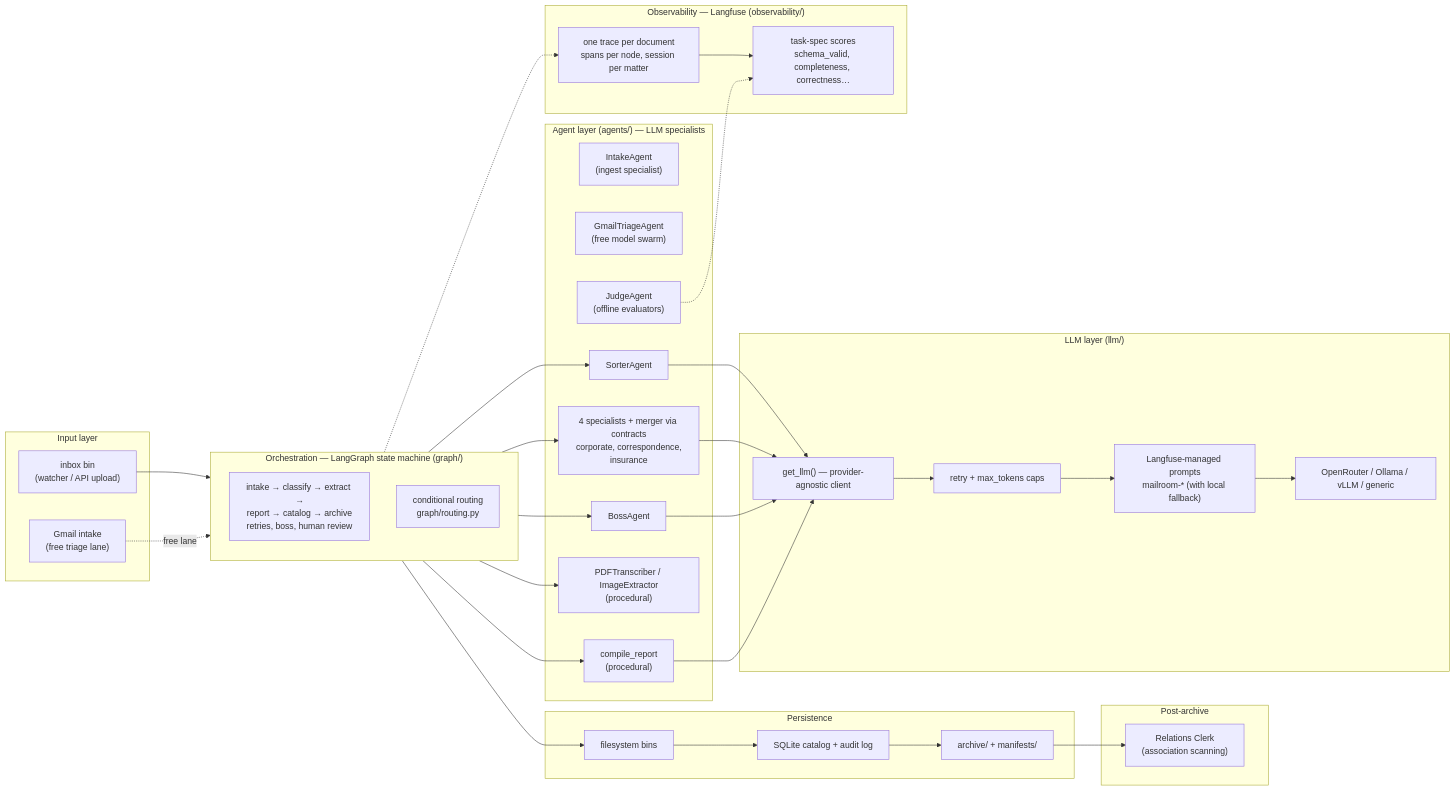
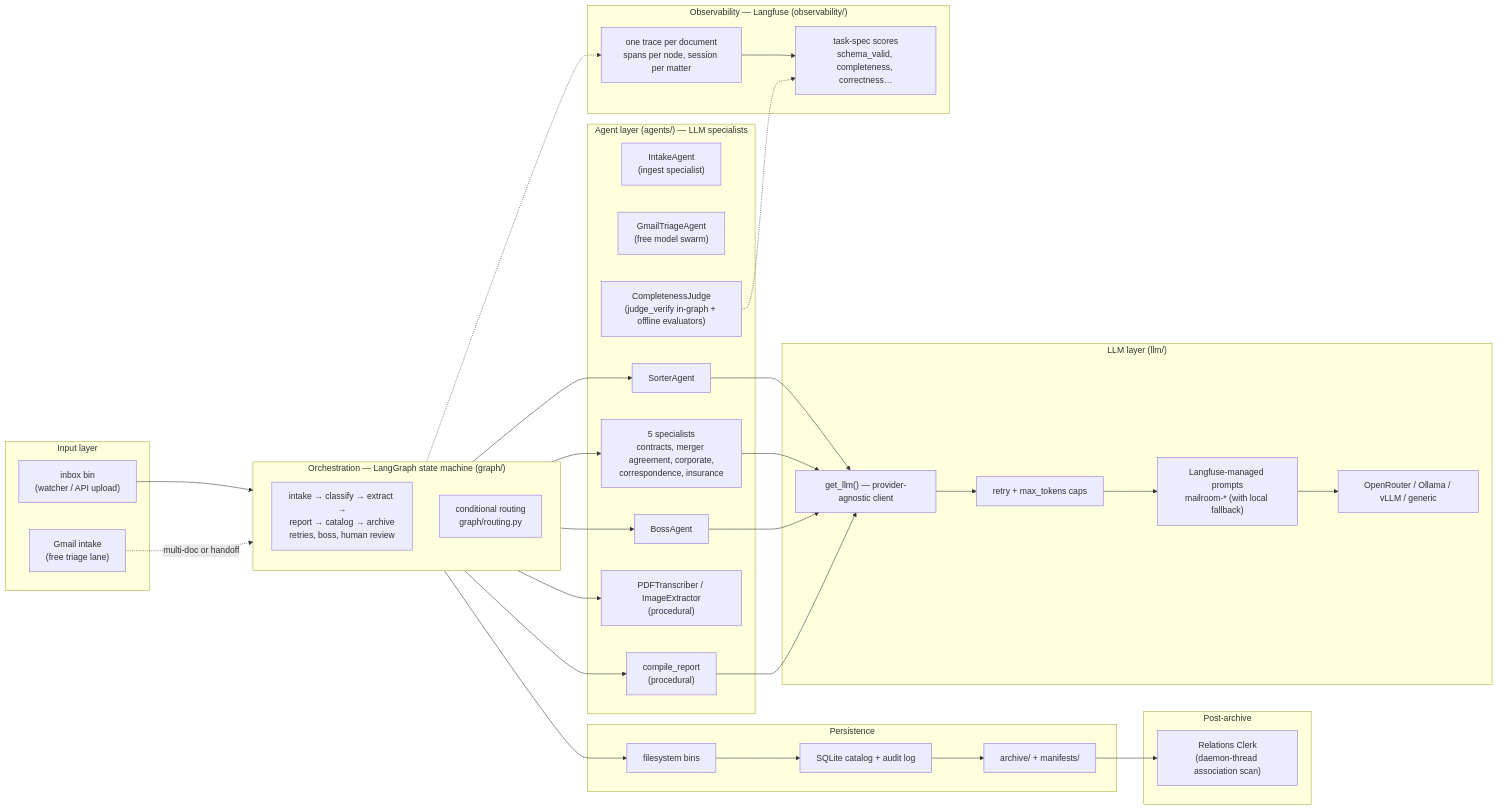
The second of 2 diagrams in docs/architecture.md (Exios66/llm-mailroom), drawn with Mermaid before and after one commit. The commit also changed other lines of this file and 10 other files, not shown here.

````diff
--- a/docs/architecture.md
+++ b/docs/architecture.md
@@ -75,57 +80,57 @@
 ```mermaid
 flowchart LR
     subgraph IN["Input layer"]
         INBOX["inbox bin<br/>(watcher / API upload)"]
         GMAIL_INBOX["Gmail intake<br/>(free triage lane)"]
     end
 
     subgraph ORCH["Orchestration — LangGraph state machine (graph/)"]
         direction TB
         NODES["intake → classify → extract →<br/>report → catalog → archive<br/>retries, boss, human review"]
         ROUTING["conditional routing<br/>graph/routing.py"]
     end
 
     subgraph AGENTS["Agent layer (agents/) — LLM specialists"]
         INTAKE["IntakeAgent<br/>(ingest specialist)"]
         GMAIL_AGENT["GmailTriageAgent<br/>(free model swarm)"]
         SORTER["SorterAgent"]
-        SPEC["4 specialists + merger via contracts<br/>corporate, correspondence,<br/>insurance"]
+        SPEC["5 specialists<br/>contracts, merger agreement, corporate,<br/>correspondence, insurance"]
         BOSS["BossAgent"]
         REPORTER["compile_report<br/>(procedural)"]
         PDF["PDFTranscriber / ImageExtractor<br/>(procedural)"]
-        JUDGE["JudgeAgent<br/>(offline evaluators)"]
+        JUDGE["CompletenessJudge<br/>(judge_verify in-graph + offline evaluators)"]
     end
 
     subgraph POST["Post-archive"]
-        RELATIONS["Relations Clerk<br/>(association scanning)"]
+        RELATIONS["Relations Clerk<br/>(daemon-thread association scan)"]
     end
 
     subgraph LLM["LLM layer (llm/)"]
         CLI["get_llm() — provider-agnostic client"]
         RETRY["retry + max_tokens caps"]
         PROMPTS["Langfuse-managed prompts<br/>mailroom-* (with local fallback)"]
         P["OpenRouter / Ollama / vLLM / generic"]
     end
 
     subgraph PERSIST["Persistence"]
         BINS["filesystem bins"]
         SQLITE["SQLite catalog + audit log"]
         ARCHIVE2["archive/ + manifests/"]
     end
 
     subgraph OBS["Observability — Langfuse (observability/)"]
         TRACES["one trace per document<br/>spans per node, session per matter"]
         SCORES["task-spec scores<br/>schema_valid, completeness, correctness…"]
     end
 
     INBOX --> NODES
-    GMAIL_INBOX -.->|free lane| NODES
+    GMAIL_INBOX -.->|multi-doc or handoff| NODES
     NODES --> SORTER & SPEC & BOSS & REPORTER & PDF
     SORTER & SPEC & BOSS & REPORTER --> CLI
     CLI --> RETRY --> PROMPTS --> P
     NODES --> BINS --> SQLITE --> ARCHIVE2
     ARCHIVE2 --> RELATIONS
     NODES -.-> TRACES
     TRACES --> SCORES
     JUDGE -.-> SCORES
 ```
````
